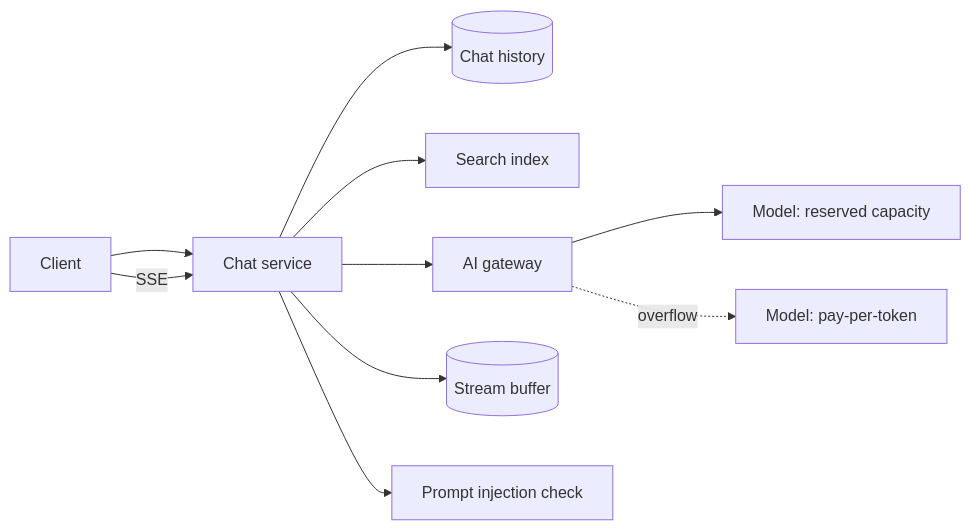
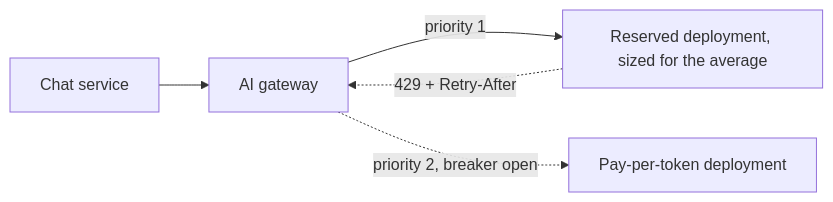
Before and after one commit to spabolu/system-design-modern: the fifth of 9 diagrams in docs/06-case-studies/ai-chat-assistant.md, drawn with Mermaid. The commit also changed other lines of this file, not shown here.

Commit message:
Rewrite AI chat assistant case study as a mock interview

````diff
--- a/docs/06-case-studies/ai-chat-assistant.md
+++ b/docs/06-case-studies/ai-chat-assistant.md
@@ -75,12 +280,7 @@
 ```mermaid
 flowchart LR
-  C[Client] --> API[Chat service]
-  API --> HIST[(Chat history)]
-  API --> RET[Search index]
-  API --> GW[AI gateway]
-  GW --> M1["Model: reserved capacity"]
-  GW -.->|"overflow"| M2["Model: pay-per-token"]
-  API --> BUF[(Stream buffer)]
-  C -->|"SSE"| API
-  API --> SAFE[Prompt injection check]
+  CS[Chat service] --> GW[AI gateway]
+  GW -->|"priority 1"| PTU["Reserved deployment, sized for the average"]
+  GW -.->|"priority 2, breaker open"| PAYG["Pay-per-token deployment"]
+  PTU -.->|"429 + Retry-After"| GW
 ```
````
